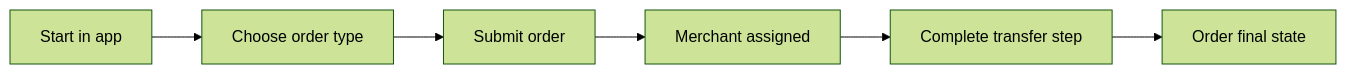
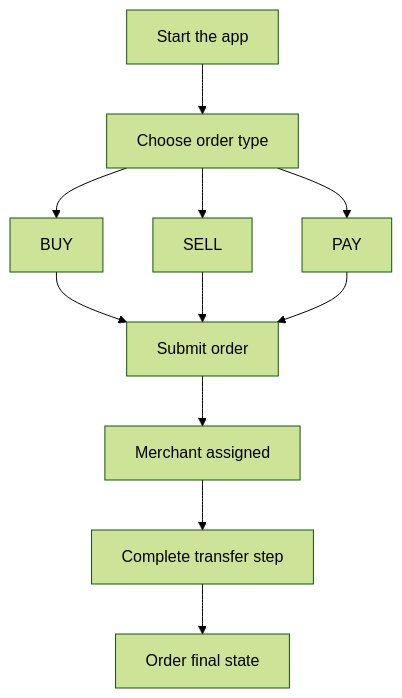
One commit to p2pdotme/docs changed the diagram in sources/for-users.md. Above: the diagram before and after it, drawn with Mermaid (forest theme). The commit also changed other lines of this file, not shown here.

Commit message:
doc(for users): updated flowchart diagram, improved FAQ answers

````diff
--- a/sources/for-users.md
+++ b/sources/for-users.md
@@ -53,8 +55,13 @@
 ```mermaid
-flowchart LR
-    start[Start in app] --> choose[Choose order type]
-    choose --> submit[Submit order]
+flowchart TD
+    start[Start the app] --> choose[Choose order type]
+    choose --> buy[BUY]
+    choose --> sell[SELL]
+    choose --> pay[PAY]
+    buy --> submit[Submit order]
+    sell --> submit[Submit order]
+    pay --> submit[Submit order]
     submit --> assign[Merchant assigned]
     assign --> transfer[Complete transfer step]
     transfer --> finish[Order final state]
 ```
````
